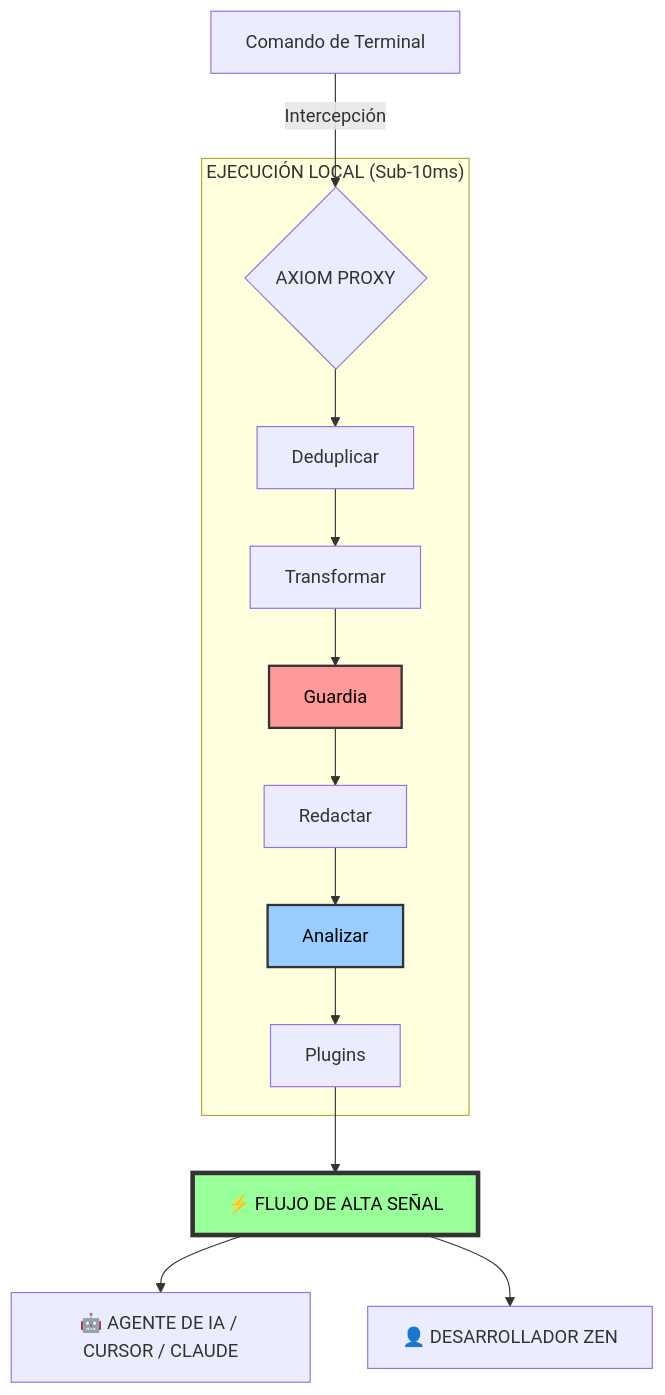
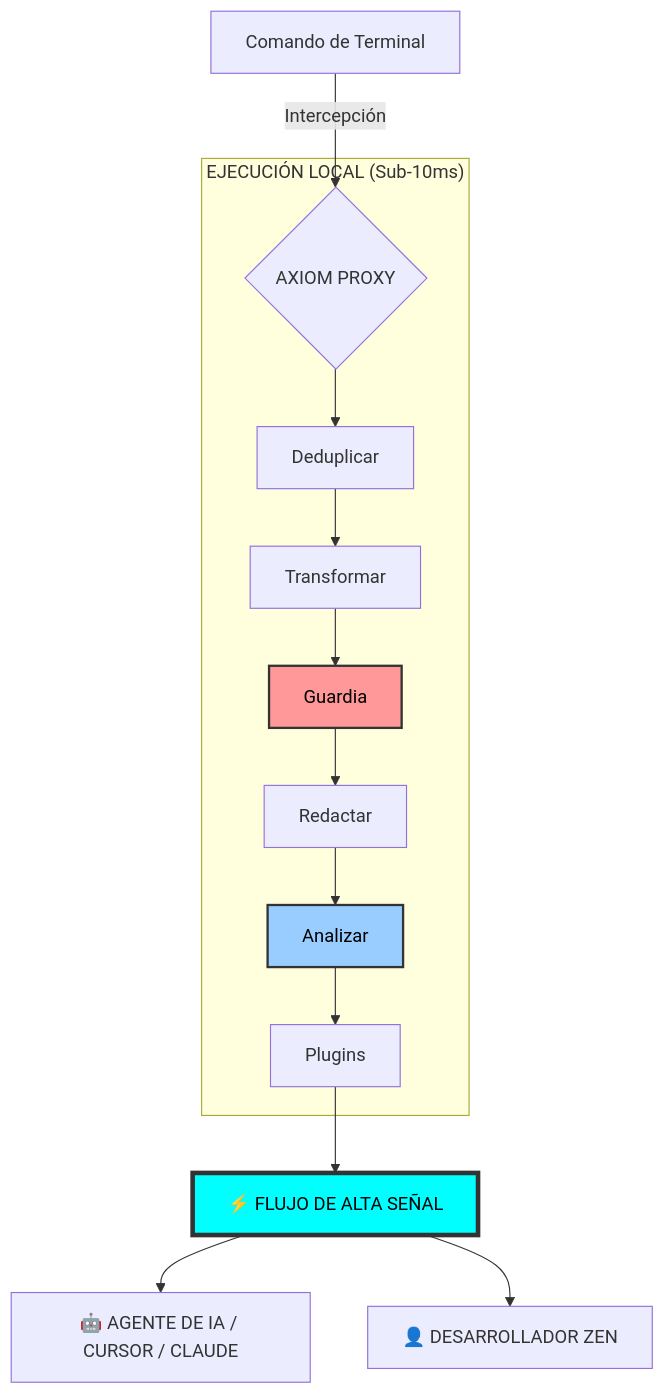
The diagram in docs/es/README.md (pinedamg/axiom-cli), drawn with Mermaid before and after one commit. The commit also changed 3 other files, not shown here.

Commit message:
Update documentation with axiom dev command and README diagram sync

````diff
--- a/docs/es/README.md
+++ b/docs/es/README.md
@@ -25,21 +25,21 @@
 ```mermaid
 graph TD
     A[Comando de Terminal] -->|Intercepción| B{AXIOM PROXY}
     
     subgraph "EJECUCIÓN LOCAL (Sub-10ms)"
     B --> C[Deduplicar]
     C --> D[Transformar]
     D --> E[Guardia]
     E --> F[Redactar]
     F --> G[Analizar]
     G --> H[Plugins]
     end
     
     H --> I[⚡ FLUJO DE ALTA SEÑAL]
     I --> J[🤖 AGENTE DE IA / CURSOR / CLAUDE]
     I --> K[👤 DESARROLLADOR ZEN]
 
     style E fill:#ff9999,stroke:#333,stroke-width:2px,color:#000
     style G fill:#99ccff,stroke:#333,stroke-width:2px,color:#000
-    style I fill:#99ff99,stroke:#333,stroke-width:4px,color:#000
+    style I fill:#00FFFF,stroke:#333,stroke-width:4px,color:#000
 ```
````
